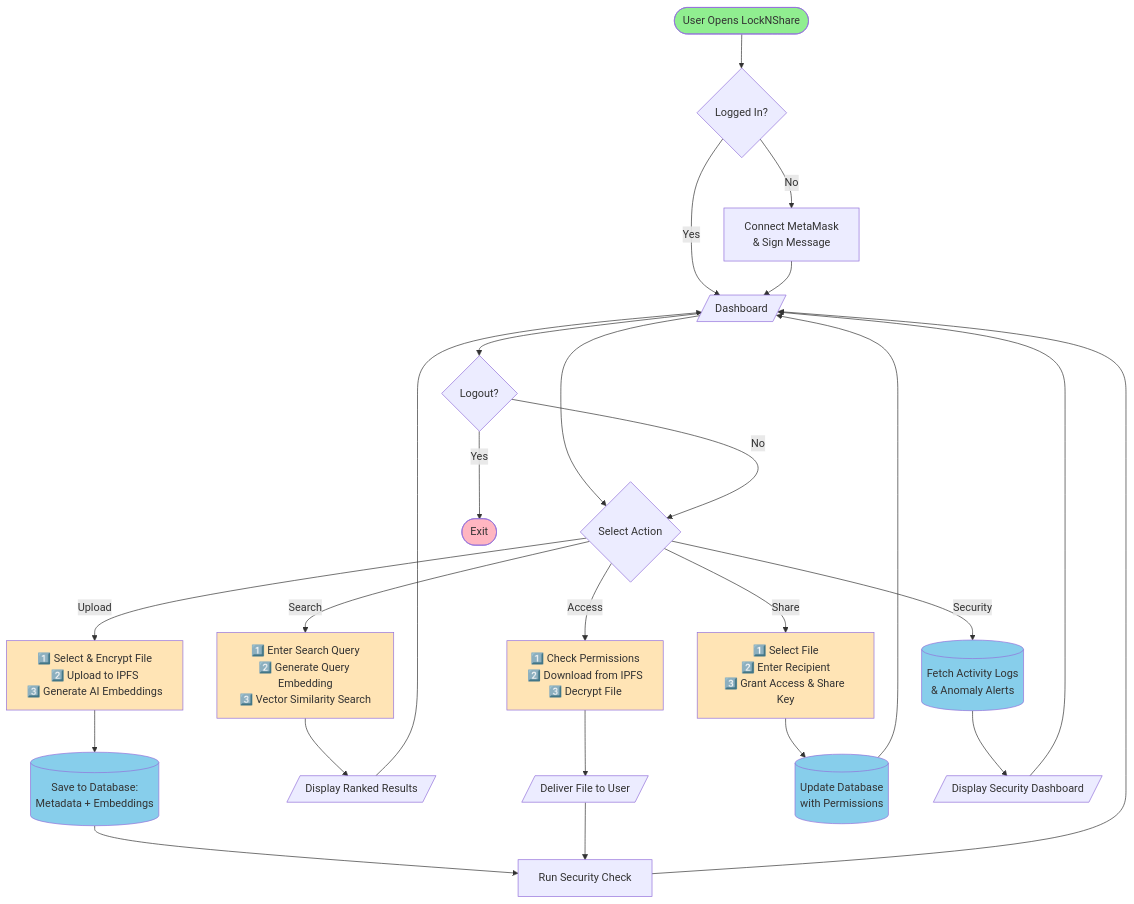
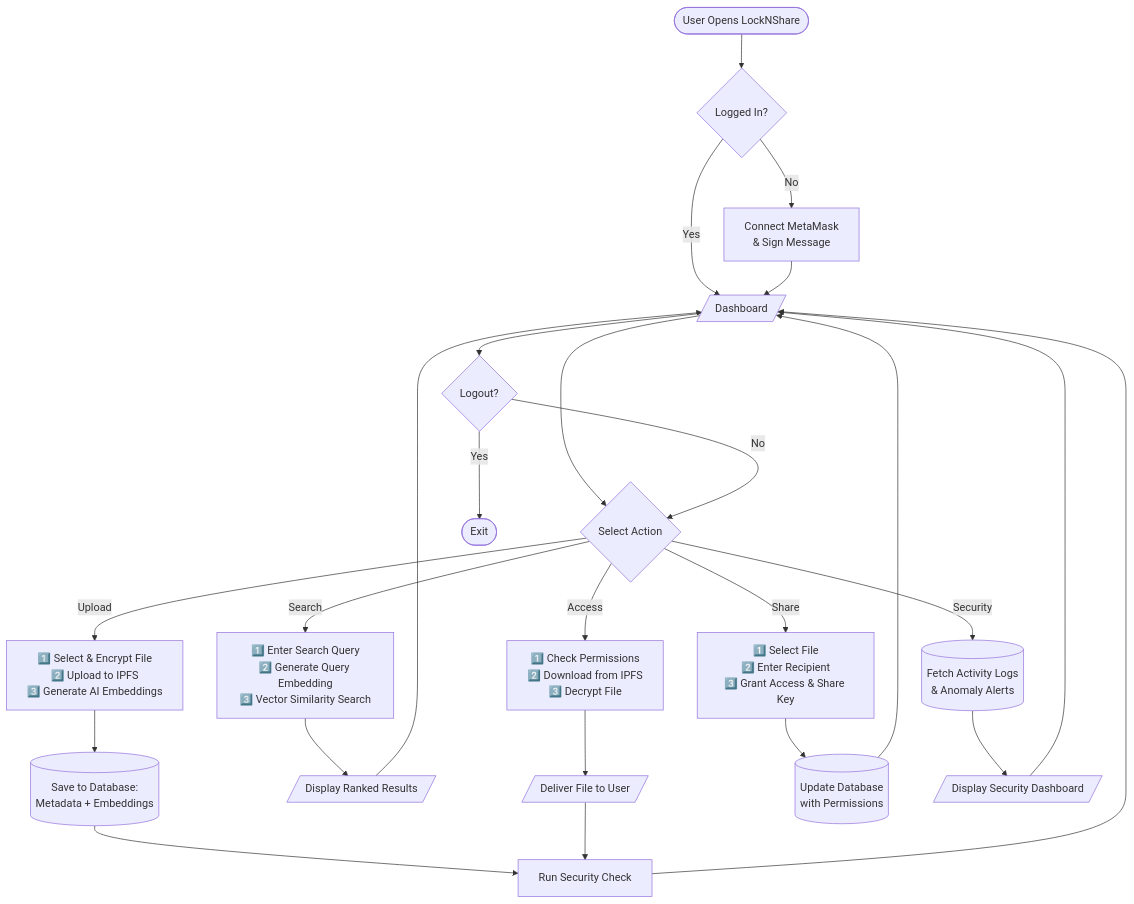
The first of 3 diagrams in SYSTEM_FLOWCHARTS_SIMPLE.md (vikas-hanje/locknshare), drawn with Mermaid before and after one commit. The commit also changed other lines of this file and 1 other file, not shown here.

Commit message:
clean designs for flowcharts

````diff
--- a/SYSTEM_FLOWCHARTS_SIMPLE.md
+++ b/SYSTEM_FLOWCHARTS_SIMPLE.md
@@ -9,51 +9,41 @@
 ```mermaid
 flowchart TD
     Start([User Opens LockNShare]) --> Auth{Logged In?}
     
     Auth -->|No| Login[Connect MetaMask<br/>& Sign Message]
     Auth -->|Yes| Dashboard[/Dashboard/]
     Login --> Dashboard
     
     Dashboard --> Action{Select Action}
     
     %% Upload Flow
     Action -->|Upload| UploadFlow[1️⃣ Select & Encrypt File<br/>2️⃣ Upload to IPFS<br/>3️⃣ Generate AI Embeddings]
     UploadFlow --> SaveFile[(Save to Database:<br/>Metadata + Embeddings)]
     SaveFile --> CheckSecurity[Run Security Check]
     
     %% Search Flow
     Action -->|Search| SearchFlow[1️⃣ Enter Search Query<br/>2️⃣ Generate Query Embedding<br/>3️⃣ Vector Similarity Search]
     SearchFlow --> Results[/Display Ranked Results/]
     
     %% Access Flow
     Action -->|Access| AccessFlow[1️⃣ Check Permissions<br/>2️⃣ Download from IPFS<br/>3️⃣ Decrypt File]
     AccessFlow --> Deliver[/Deliver File to User/]
     Deliver --> CheckSecurity
     
     %% Share Flow
     Action -->|Share| ShareFlow[1️⃣ Select File<br/>2️⃣ Enter Recipient<br/>3️⃣ Grant Access & Share Key]
     ShareFlow --> ShareDB[(Update Database<br/>with Permissions)]
     
     %% Security Flow
     Action -->|Security| SecurityFlow[(Fetch Activity Logs<br/>& Anomaly Alerts)]
     SecurityFlow --> SecurityView[/Display Security Dashboard/]
     
     CheckSecurity --> Dashboard
     Results --> Dashboard
     ShareDB --> Dashboard
     SecurityView --> Dashboard
     
     Dashboard --> Logout{Logout?}
     Logout -->|Yes| End([Exit])
     Logout -->|No| Action
-    
-    style Start fill:#90EE90
-    style End fill:#FFB6C1
-    style SaveFile fill:#87CEEB
-    style ShareDB fill:#87CEEB
-    style SecurityFlow fill:#87CEEB
-    style UploadFlow fill:#FFE4B5
-    style SearchFlow fill:#FFE4B5
-    style AccessFlow fill:#FFE4B5
-    style ShareFlow fill:#FFE4B5
 ```
````
